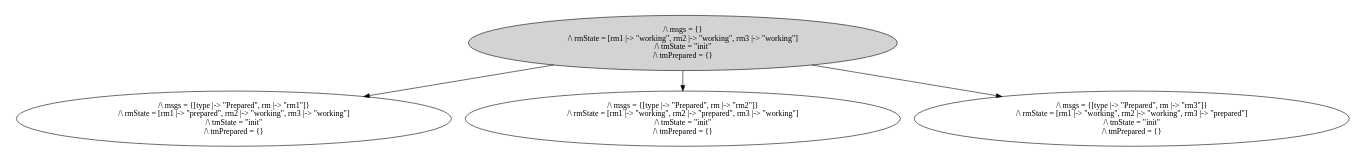
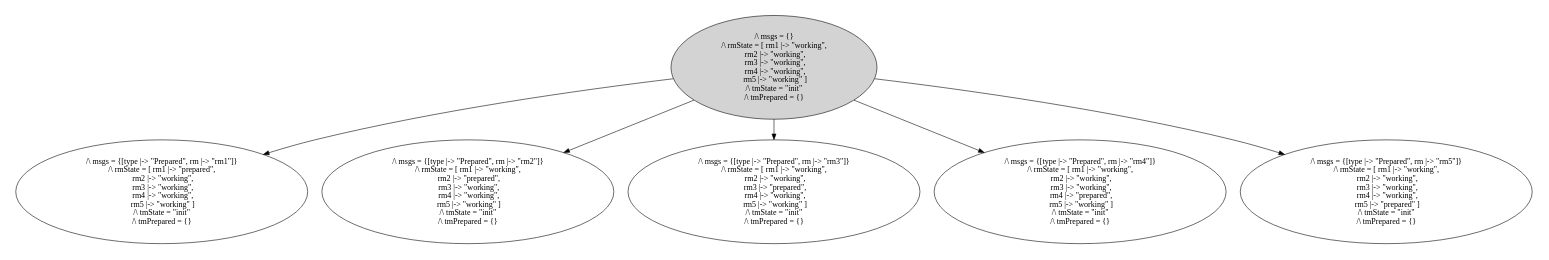
One commit to will62794/tla-web changed the diagram in specs/with_state_graphs/TwoPhase_RMPrepare.tla.dot. Above: the diagram before and after it, drawn with Graphviz. The commit also changed 3 other files, not shown here.

```diff
--- a/specs/with_state_graphs/TwoPhase_RMPrepare.tla.dot
+++ b/specs/with_state_graphs/TwoPhase_RMPrepare.tla.dot
@@ -1,14 +1,18 @@
 strict digraph DiskGraph {
 nodesep=0.35;
 subgraph cluster_graph {
 color="white";
--7021904198391026175 [label="/\\ msgs = {}\n/\\ rmState = [rm1 |-> \"working\", rm2 |-> \"working\", rm3 |-> \"working\"]\n/\\ tmState = \"init\"\n/\\ tmPrepared = {}",style = filled]
--7021904198391026175 -> 5834824466510720846 [label="",color="black",fontcolor="black"];
-5834824466510720846 [label="/\\ msgs = {[type |-> \"Prepared\", rm |-> \"rm1\"]}\n/\\ rmState = [rm1 |-> \"prepared\", rm2 |-> \"working\", rm3 |-> \"working\"]\n/\\ tmState = \"init\"\n/\\ tmPrepared = {}"];
--7021904198391026175 -> 7573257450440809913 [label="",color="black",fontcolor="black"];
-7573257450440809913 [label="/\\ msgs = {[type |-> \"Prepared\", rm |-> \"rm2\"]}\n/\\ rmState = [rm1 |-> \"working\", rm2 |-> \"prepared\", rm3 |-> \"working\"]\n/\\ tmState = \"init\"\n/\\ tmPrepared = {}"];
--7021904198391026175 -> 6137223010935005046 [label="",color="black",fontcolor="black"];
-6137223010935005046 [label="/\\ msgs = {[type |-> \"Prepared\", rm |-> \"rm3\"]}\n/\\ rmState = [rm1 |-> \"working\", rm2 |-> \"working\", rm3 |-> \"prepared\"]\n/\\ tmState = \"init\"\n/\\ tmPrepared = {}"];
-{rank = same; -7021904198391026175;}
+4012547417037692401 [label="/\\ msgs = {}\n/\\ rmState = [ rm1 |-> \"working\",\n  rm2 |-> \"working\",\n  rm3 |-> \"working\",\n  rm4 |-> \"working\",\n  rm5 |-> \"working\" ]\n/\\ tmState = \"init\"\n/\\ tmPrepared = {}",style = filled]
+4012547417037692401 -> -452979896181394214 [label="",color="black",fontcolor="black"];
+-452979896181394214 [label="/\\ msgs = {[type |-> \"Prepared\", rm |-> \"rm1\"]}\n/\\ rmState = [ rm1 |-> \"prepared\",\n  rm2 |-> \"working\",\n  rm3 |-> \"working\",\n  rm4 |-> \"working\",\n  rm5 |-> \"working\" ]\n/\\ tmState = \"init\"\n/\\ tmPrepared = {}"];
+4012547417037692401 -> 951806115973701886 [label="",color="black",fontcolor="black"];
+951806115973701886 [label="/\\ msgs = {[type |-> \"Prepared\", rm |-> \"rm2\"]}\n/\\ rmState = [ rm1 |-> \"working\",\n  rm2 |-> \"prepared\",\n  rm3 |-> \"working\",\n  rm4 |-> \"working\",\n  rm5 |-> \"working\" ]\n/\\ tmState = \"init\"\n/\\ tmPrepared = {}"];
+4012547417037692401 -> 1026071513945460459 [label="",color="black",fontcolor="black"];
+1026071513945460459 [label="/\\ msgs = {[type |-> \"Prepared\", rm |-> \"rm3\"]}\n/\\ rmState = [ rm1 |-> \"working\",\n  rm2 |-> \"working\",\n  rm3 |-> \"prepared\",\n  rm4 |-> \"working\",\n  rm5 |-> \"working\" ]\n/\\ tmState = \"init\"\n/\\ tmPrepared = {}"];
+4012547417037692401 -> -4577416556643960822 [label="",color="black",fontcolor="black"];
+-4577416556643960822 [label="/\\ msgs = {[type |-> \"Prepared\", rm |-> \"rm4\"]}\n/\\ rmState = [ rm1 |-> \"working\",\n  rm2 |-> \"working\",\n  rm3 |-> \"working\",\n  rm4 |-> \"prepared\",\n  rm5 |-> \"working\" ]\n/\\ tmState = \"init\"\n/\\ tmPrepared = {}"];
+4012547417037692401 -> 850052742641833176 [label="",color="black",fontcolor="black"];
+850052742641833176 [label="/\\ msgs = {[type |-> \"Prepared\", rm |-> \"rm5\"]}\n/\\ rmState = [ rm1 |-> \"working\",\n  rm2 |-> \"working\",\n  rm3 |-> \"working\",\n  rm4 |-> \"working\",\n  rm5 |-> \"prepared\" ]\n/\\ tmState = \"init\"\n/\\ tmPrepared = {}"];
+{rank = same; 4012547417037692401;}
 }
 }
```
